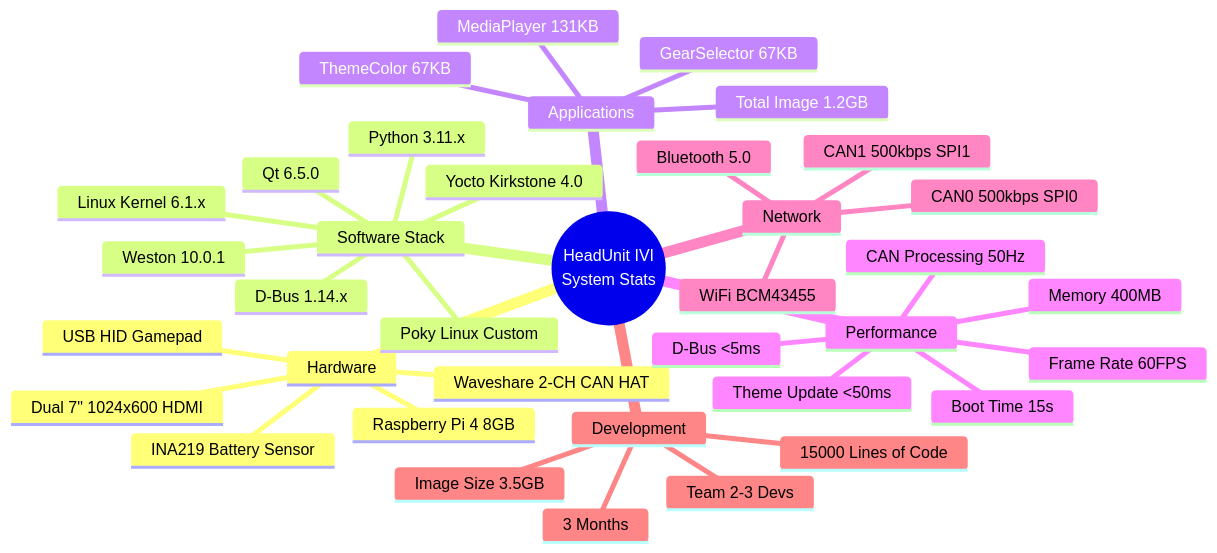
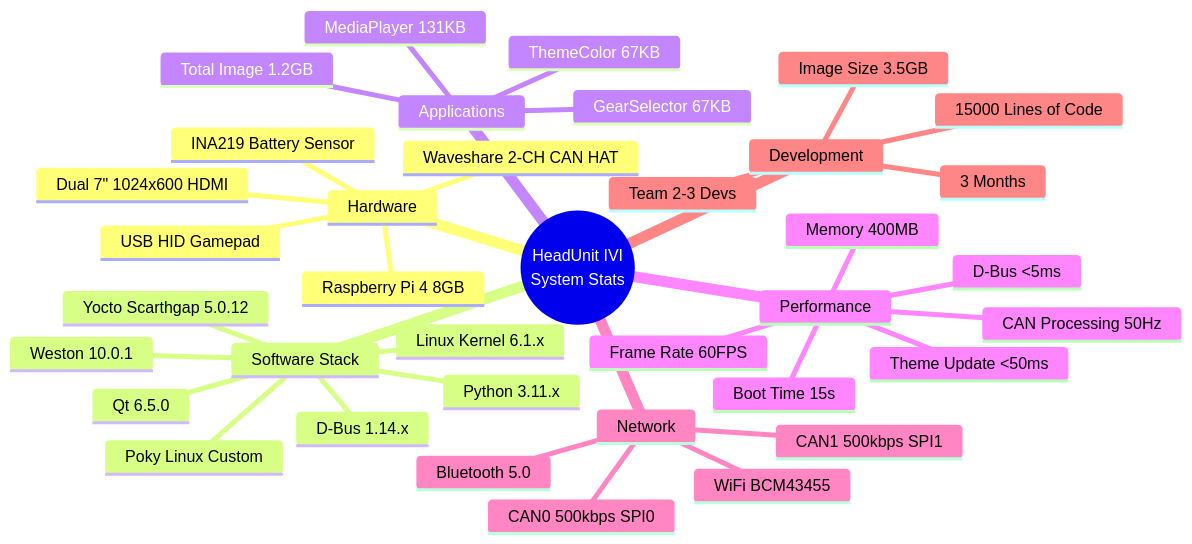
Diagram 18 of 18 in yocto/readme.md (saicharansathyam/DES_Head-Unit), drawn with Mermaid before and after one commit. The commit also changed other lines of this file, not shown here.

First line of the commit message:
Update Yocto version references in readme

````diff
--- a/yocto/readme.md
+++ b/yocto/readme.md
@@ -975,40 +974,40 @@
 ```mermaid
 mindmap
   root((HeadUnit IVI<br/>System Stats))
     Hardware
       Raspberry Pi 4 8GB
       Dual 7" 1024x600 HDMI
       Waveshare 2-CH CAN HAT
       INA219 Battery Sensor
       USB HID Gamepad
     Software Stack
-      Yocto Kirkstone 4.0
+      Yocto Scarthgap 5.0.12
       Poky Linux Custom
       Linux Kernel 6.1.x
       Weston 10.0.1
       Qt 6.5.0
       D-Bus 1.14.x
       Python 3.11.x
     Applications
       GearSelector 67KB
       MediaPlayer 131KB
       ThemeColor 67KB
       Total Image 1.2GB
     Performance
       Boot Time 15s
       D-Bus <5ms
       Theme Update <50ms
       CAN Processing 50Hz
       Frame Rate 60FPS
       Memory 400MB
     Network
       WiFi BCM43455
       Bluetooth 5.0
       CAN0 500kbps SPI0
       CAN1 500kbps SPI1
     Development
       3 Months
       Team 2-3 Devs
       15000 Lines of Code
       Image Size 3.5GB
 ```
````
